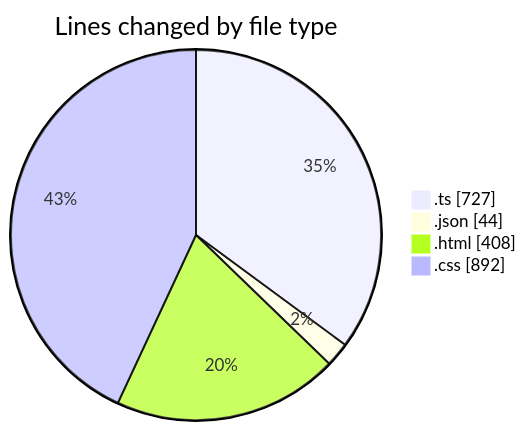
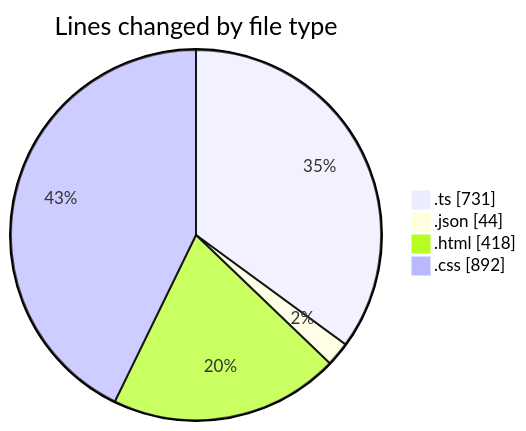
Before and after one commit to igalym/code-tracking: the first of 2 diagrams in 2026-06-16/cinema_3/README.md, drawn with Mermaid. The commit also changed other lines of this file and 1 other file, not shown here.

````diff
--- a/2026-06-16/cinema_3/README.md
+++ b/2026-06-16/cinema_3/README.md
@@ -27,8 +27,8 @@
 ```mermaid
 pie showData
 title Lines changed by file type
-".ts" : 727
+".ts" : 731
 ".json" : 44
-".html" : 408
+".html" : 418
 ".css" : 892
 ```
````
